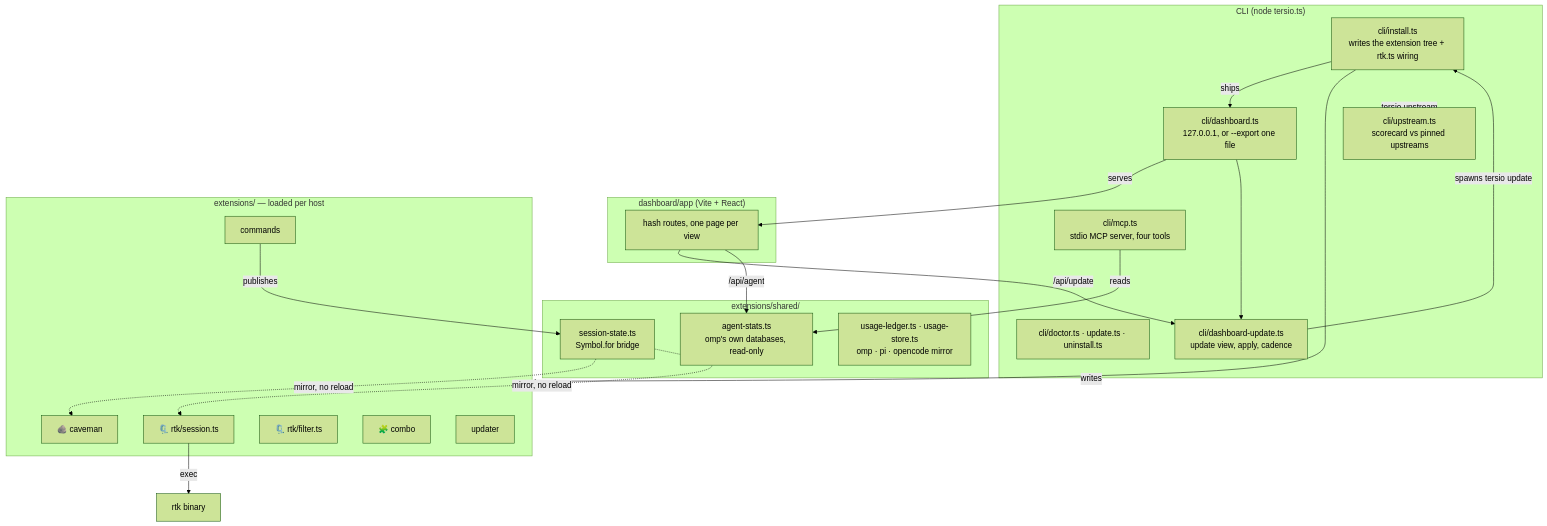
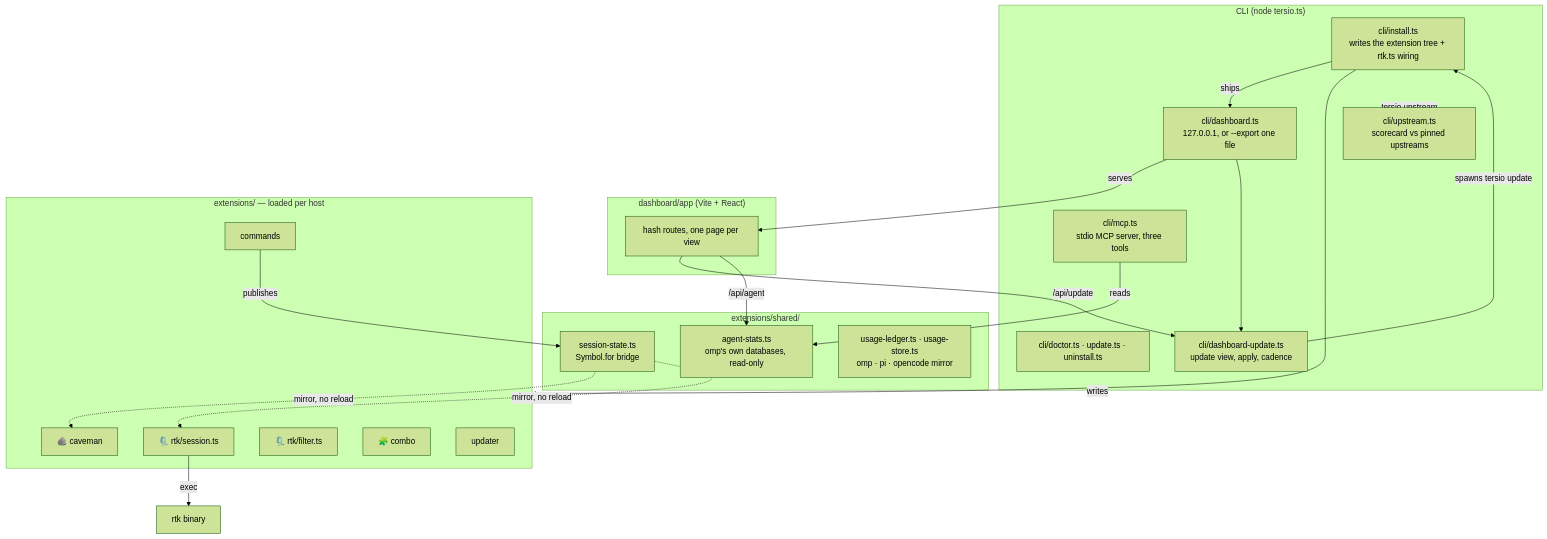
The first of 8 diagrams in docs/ARCHITECTURE.md (FrancoStino/tersio), drawn with Mermaid (forest theme) before and after one commit. The commit also changed other lines of this file and 4 other files, not shown here.

First line of the commit message:
feat: the MCP server drops the doctor tool

````diff
--- a/docs/ARCHITECTURE.md
+++ b/docs/ARCHITECTURE.md
@@ -7,40 +7,40 @@
 ```mermaid
 flowchart TB
   subgraph CLI["CLI (node tersio.ts)"]
     INST["cli/install.ts<br/>writes the extension tree + rtk.ts wiring"]
     DOC["cli/doctor.ts · update.ts · uninstall.ts"]
     UP["cli/upstream.ts<br/>scorecard vs pinned upstreams"]
     UPDT["cli/dashboard-update.ts<br/>update view, apply, cadence"]
     SRV["cli/dashboard.ts<br/>127.0.0.1, or --export one file"]
-    MCP["cli/mcp.ts<br/>stdio MCP server, four tools"]
+    MCP["cli/mcp.ts<br/>stdio MCP server, three tools"]
   end
   subgraph APP["dashboard/app (Vite + React)"]
     UI["hash routes, one page per view"]
   end
   subgraph MODES["extensions/ — loaded per host"]
     CAV["🪨 caveman"]
     RTK["🗜️ rtk/session.ts"]
     RFIL["🗜️ rtk/filter.ts"]
     COMBO["🧩 combo"]
     TCMD["commands"]
     UPD["updater"]
   end
   subgraph SHARED["extensions/shared/"]
     SS["session-state.ts<br/>Symbol.for bridge"]
     ASTS["agent-stats.ts<br/>omp's own databases, read-only"]
     LED["usage-ledger.ts · usage-store.ts<br/>omp · pi · opencode mirror"]
   end
 
   MCP -->|reads| ASTS
   INST -->|writes| MODES
   INST -->|ships| SRV
   SRV -->|serves| UI
   SRV --> UPDT
   UI -->|"/api/update"| UPDT
   UPDT -->|"spawns tersio update"| INST
   UI -->|"/api/agent"| ASTS
   CLI -->|"tersio upstream"| UP
   TCMD -->|publishes| SS
   SS -.->|"mirror, no reload"| CAV & RTK
   RTK -->|exec| BIN["rtk binary"]
 ```
````
